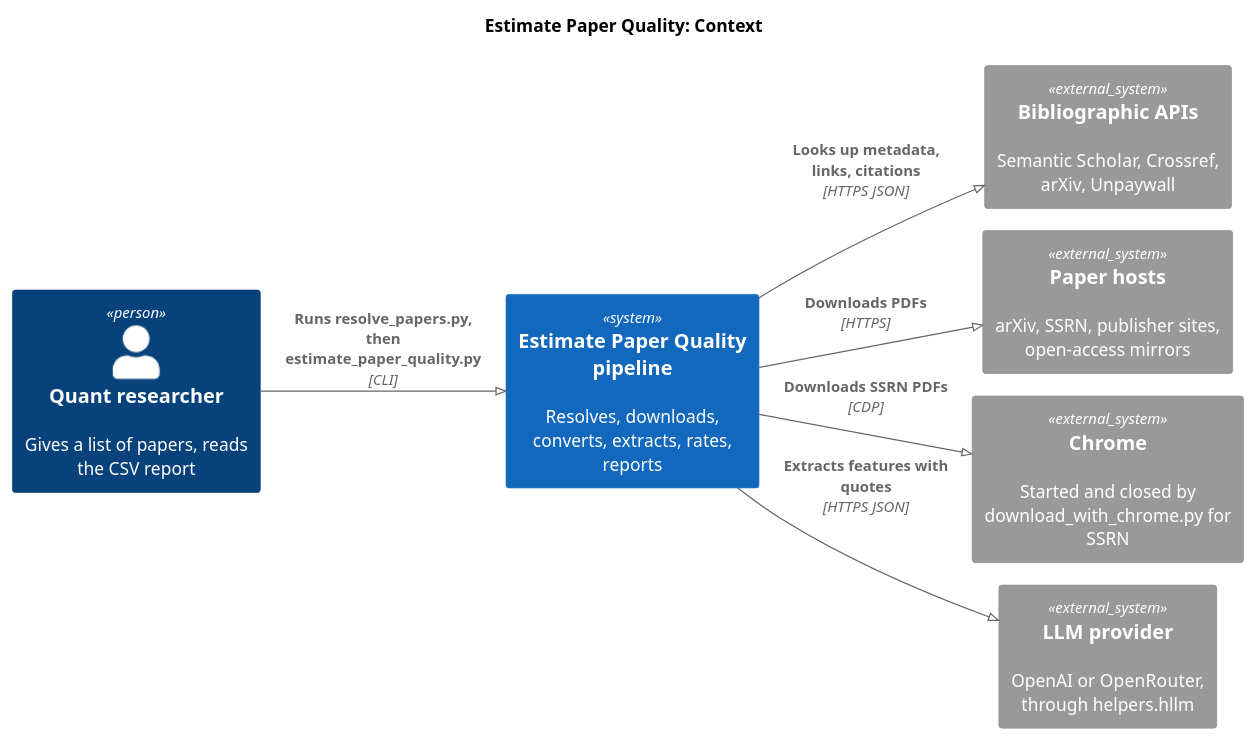
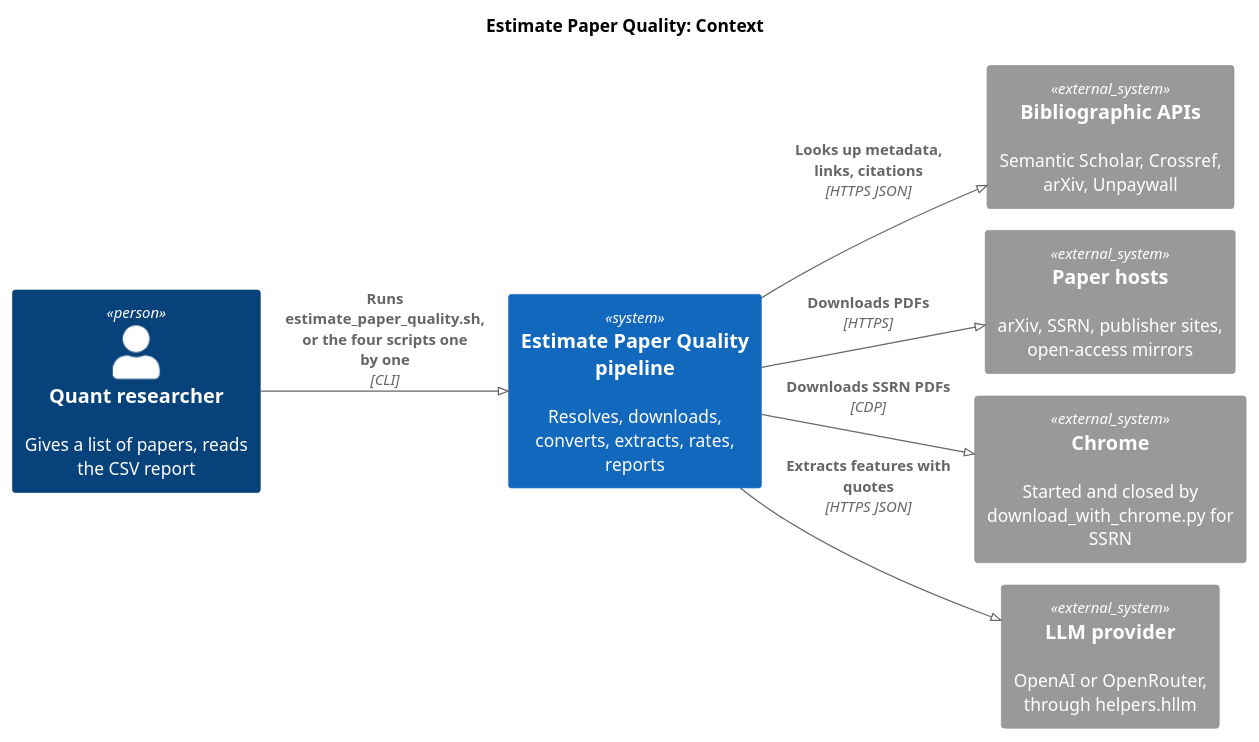
Before and after one commit to gpsaggese/gpsaggese.github.io: the first of 2 diagrams in research/Estimate_academic_paper_quality/docs/02-design.architecture.md, drawn with PlantUML. The commit also changed other lines of this file and 44 other files, not shown here.

````diff
--- a/research/Estimate_academic_paper_quality/docs/02-design.architecture.md
+++ b/research/Estimate_academic_paper_quality/docs/02-design.architecture.md
@@ -52,17 +56,17 @@
 ```plantuml
 !pragma layout smetana
 !include <C4/C4_Context>
 LAYOUT_LEFT_RIGHT()
 title Estimate Paper Quality: Context
 Person(user, "Quant researcher", "Gives a list of papers, reads the CSV report")
 System(epq, "Estimate Paper Quality pipeline", "Resolves, downloads, converts, extracts, rates, reports")
 System_Ext(bib, "Bibliographic APIs", "Semantic Scholar, Crossref, arXiv, Unpaywall")
 System_Ext(sites, "Paper hosts", "arXiv, SSRN, publisher sites, open-access mirrors")
 System_Ext(chrome, "Chrome", "Started and closed by download_with_chrome.py for SSRN")
 System_Ext(llm, "LLM provider", "OpenAI or OpenRouter, through helpers.hllm")
-Rel(user, epq, "Runs resolve_papers.py, then estimate_paper_quality.py", "CLI")
+Rel(user, epq, "Runs estimate_paper_quality.sh, or the four scripts one by one", "CLI")
 Rel(epq, bib, "Looks up metadata, links, citations", "HTTPS JSON")
 Rel(epq, sites, "Downloads PDFs", "HTTPS")
 Rel(epq, chrome, "Downloads SSRN PDFs", "CDP")
 Rel(epq, llm, "Extracts features with quotes", "HTTPS JSON")
 ```
````
